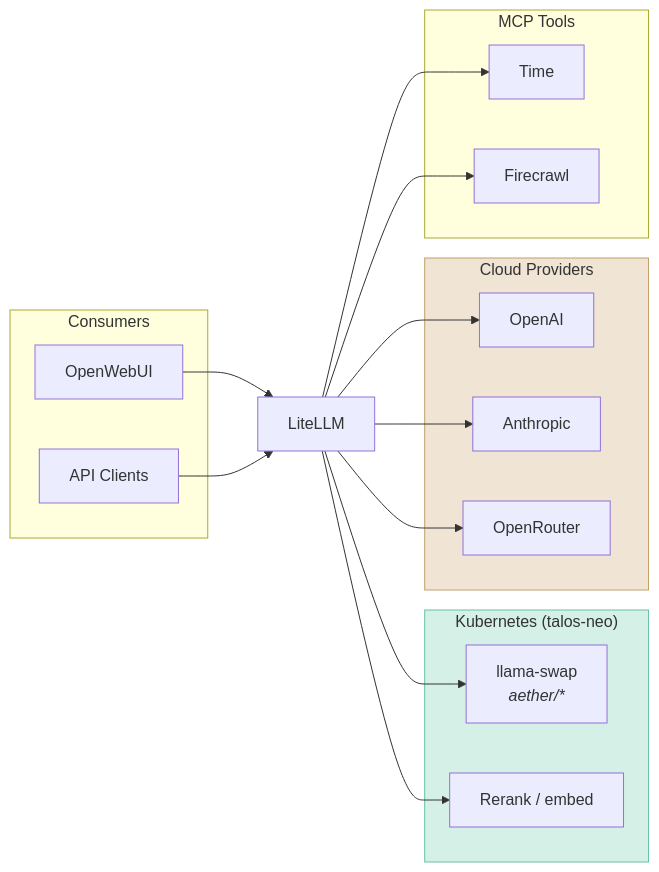
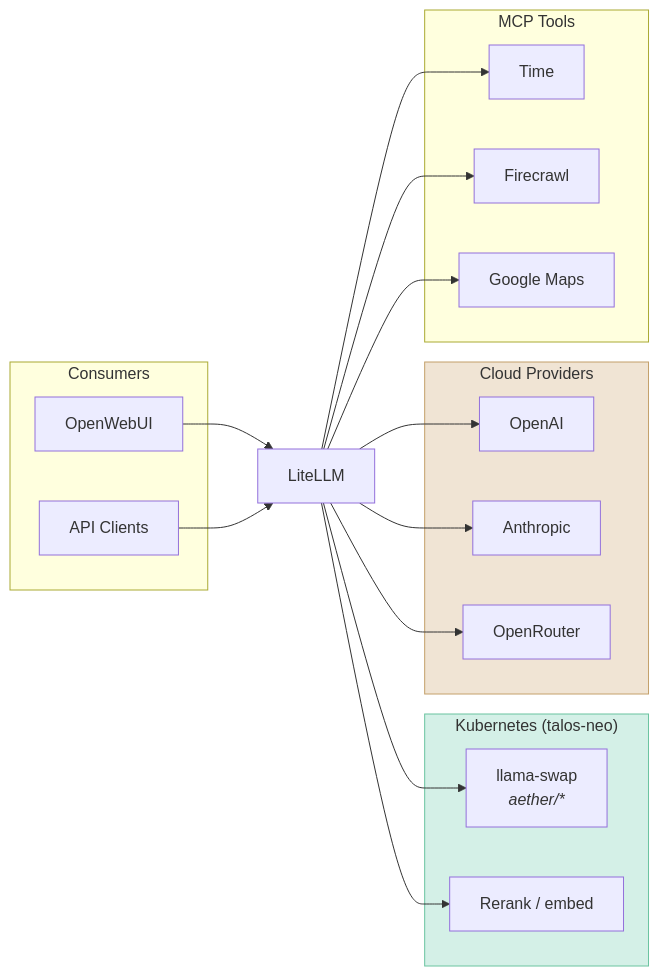
Before and after one commit to shedrachokonofua/aether: the diagram in docs/ai-ml.md, drawn with Mermaid. The commit also changed other lines of this file and 14 other files, not shown here.

Commit message:
Add Google Maps MCP provisioning

````diff
--- a/docs/ai-ml.md
+++ b/docs/ai-ml.md
@@ -40,33 +40,34 @@
 ```mermaid
 flowchart LR
     subgraph Consumers
         OWUI[OpenWebUI]
         API[API Clients]
     end
 
     LLM[LiteLLM]
 
     subgraph K8s["Kubernetes (talos-neo)"]
         LS[llama-swap<br/><i>aether/*</i>]
         RR[Rerank / embed]
     end
 
     subgraph Cloud["Cloud Providers"]
         OAI[OpenAI]
         ANT[Anthropic]
         OR[OpenRouter]
     end
 
     subgraph MCP["MCP Tools"]
         TIME[Time]
         FC[Firecrawl]
+        GMAPS[Google Maps]
     end
 
     OWUI & API --> LLM
     LLM --> LS & RR
     LLM --> OAI & ANT & OR
-    LLM --> TIME & FC
+    LLM --> TIME & FC & GMAPS
 
     style K8s fill:#d4f0e7,stroke:#6ac4a0
     style Cloud fill:#f0e4d4,stroke:#c4a06a
 ```
````
